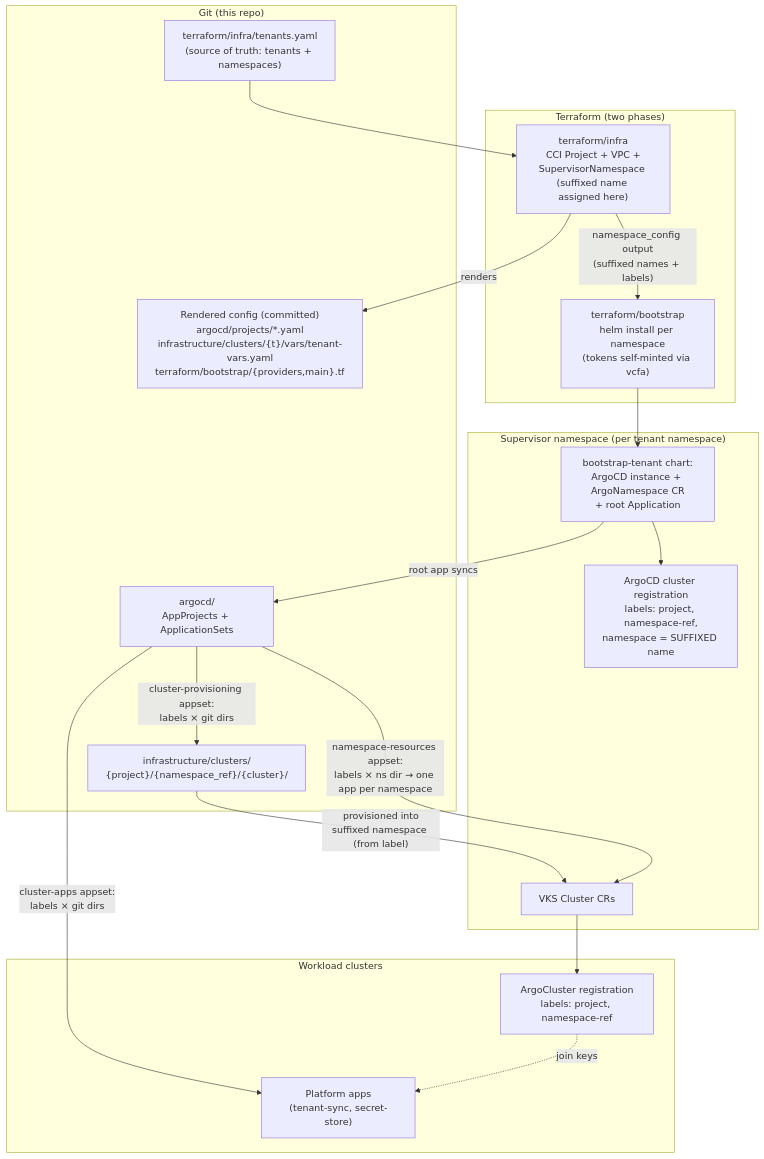
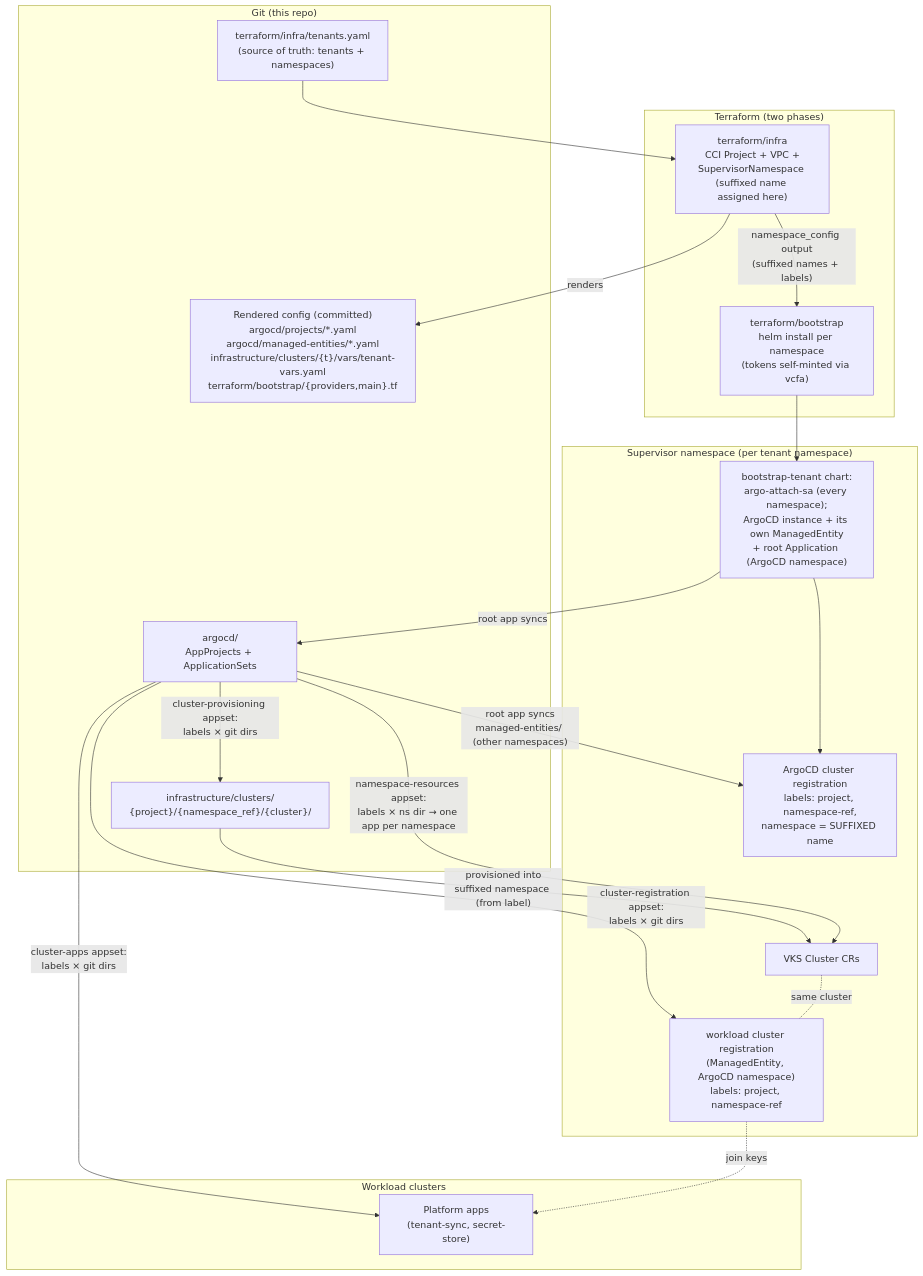
Before and after one commit to warroyo/argocd-scaffolding: the first of 9 diagrams in docs/ARCHITECTURE.md, drawn with Mermaid. The commit also changed other lines of this file and 29 other files, not shown here.

First line of the commit message:
feat: register namespaces and clusters with ArgoCD via ManagedEntity

````diff
--- a/docs/ARCHITECTURE.md
+++ b/docs/ARCHITECTURE.md
@@ -41,38 +41,40 @@
 ```mermaid
 flowchart TB
     subgraph git["Git (this repo)"]
         tenants["terraform/infra/tenants.yaml<br/>(source of truth: tenants + namespaces)"]
-        rendered["Rendered config (committed)<br/>argocd/projects/*.yaml<br/>infrastructure/clusters/{t}/vars/tenant-vars.yaml<br/>terraform/bootstrap/{providers,main}.tf"]
+        rendered["Rendered config (committed)<br/>argocd/projects/*.yaml<br/>argocd/managed-entities/*.yaml<br/>infrastructure/clusters/{t}/vars/tenant-vars.yaml<br/>terraform/bootstrap/{providers,main}.tf"]
         argodir["argocd/<br/>AppProjects + ApplicationSets"]
         clusterdirs["infrastructure/clusters/<br/>{project}/{namespace_ref}/{cluster}/"]
     end
 
     subgraph tf["Terraform (two phases)"]
         infra["terraform/infra<br/>CCI Project + VPC +<br/>SupervisorNamespace (suffixed name assigned here)"]
         bootstrap["terraform/bootstrap<br/>helm install per namespace<br/>(tokens self-minted via vcfa)"]
     end
 
     subgraph sup["Supervisor namespace (per tenant namespace)"]
-        chart["bootstrap-tenant chart:<br/>ArgoCD instance + ArgoNamespace CR<br/>+ root Application"]
+        chart["bootstrap-tenant chart:<br/>argo-attach-sa (every namespace);<br/>ArgoCD instance + its own ManagedEntity<br/>+ root Application (ArgoCD namespace)"]
         reg["ArgoCD cluster registration<br/>labels: project, namespace-ref,<br/>namespace = SUFFIXED name"]
         vks["VKS Cluster CRs"]
+        attach["workload cluster registration<br/>(ManagedEntity, ArgoCD namespace)<br/>labels: project, namespace-ref"]
     end
 
     subgraph wl["Workload clusters"]
-        attach["ArgoCluster registration<br/>labels: project, namespace-ref"]
         pkgs["Platform apps<br/>(tenant-sync, secret-store)"]
     end
 
     tenants --> infra
     infra -- "renders" --> rendered
     infra -- "namespace_config output<br/>(suffixed names + labels)" --> bootstrap
     bootstrap --> chart
     chart --> reg
     chart -- "root app syncs" --> argodir
+    argodir -- "root app syncs<br/>managed-entities/ (other namespaces)" --> reg
     argodir -- "cluster-provisioning appset:<br/>labels ⨯ git dirs" --> clusterdirs
     clusterdirs -- "provisioned into<br/>suffixed namespace (from label)" --> vks
     argodir -- "namespace-resources appset:<br/>labels ⨯ ns dir → one app per namespace" --> vks
-    vks --> attach
+    argodir -- "cluster-registration appset:<br/>labels ⨯ git dirs" --> attach
+    vks -. "same cluster" .- attach
     argodir -- "cluster-apps appset:<br/>labels ⨯ git dirs" --> pkgs
     attach -. "join keys" .-> pkgs
 ```
````
